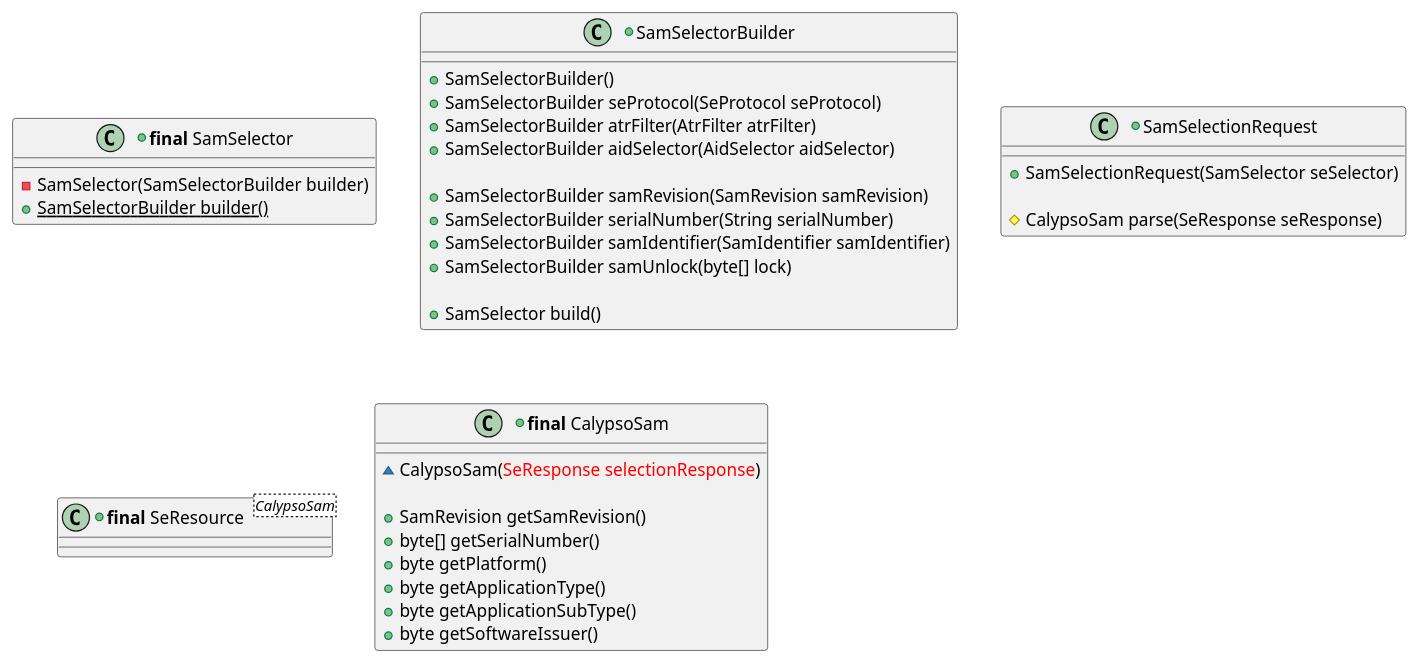
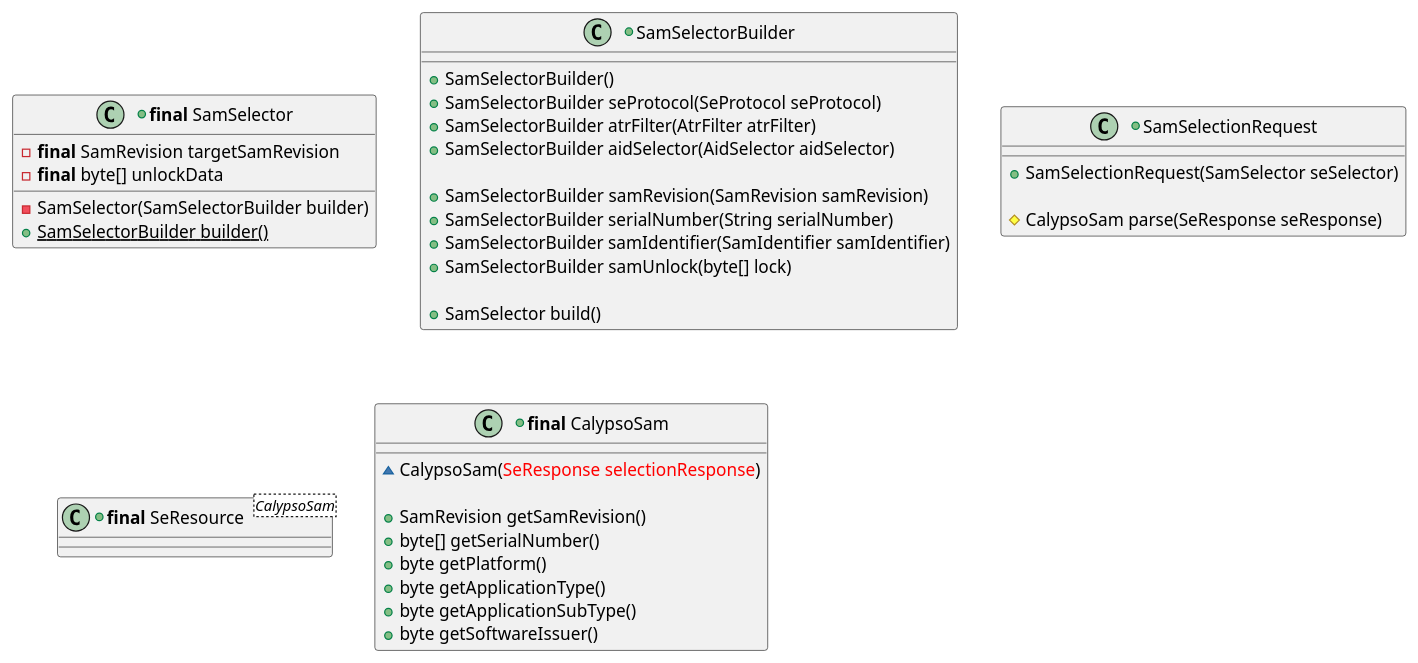
Before and after one commit to calypsonet/keyple: the sixth of 21 diagrams in src/KeypleCalypsoApi/Application/puml/KeypleCalypso-ApplicationApi-ClassDiag-Transaction-ClassElements.iuml, drawn with PlantUML. The commit also changed 3 other files, not shown here.

```diff
--- a/src/KeypleCalypsoApi/Application/puml/KeypleCalypso-ApplicationApi-ClassDiag-Transaction-ClassElements.iuml
+++ b/src/KeypleCalypsoApi/Application/puml/KeypleCalypso-ApplicationApi-ClassDiag-Transaction-ClassElements.iuml
@@ -112,41 +112,43 @@
 @startuml(id=TRANSACTION_SELECTION_SAM_0_9)
 +class "<b>final</b> SamSelector" as SamSelector {
+  -<b>final</b> SamRevision targetSamRevision
+  -<b>final</b> byte[] unlockData
   -SamSelector(SamSelectorBuilder builder)
   +{static} SamSelectorBuilder builder()
 }
 
 +class SamSelectorBuilder {
   +SamSelectorBuilder()
   +SamSelectorBuilder seProtocol(SeProtocol seProtocol)
   +SamSelectorBuilder atrFilter(AtrFilter atrFilter)
   +SamSelectorBuilder aidSelector(AidSelector aidSelector)
 
   +SamSelectorBuilder samRevision(SamRevision samRevision)
   +SamSelectorBuilder serialNumber(String serialNumber)
   +SamSelectorBuilder samIdentifier(SamIdentifier samIdentifier)
   +SamSelectorBuilder samUnlock(byte[] lock)
 
   +SamSelector build()
 }
 
 
 +class SamSelectionRequest {
   +SamSelectionRequest(SamSelector seSelector)
 
   #CalypsoSam parse(SeResponse seResponse)
 }
 
 +class "<b>final</b> SeResource<CalypsoSam>" as SamResource {
 }
 
       +class "<b>final</b> CalypsoSam" as CalypsoSam {
         ~CalypsoSam(<color:red>SeResponse selectionResponse</color>)
 
         +SamRevision getSamRevision()
         +byte[] getSerialNumber()
         +byte getPlatform()
         +byte getApplicationType()
         +byte getApplicationSubType()
         +byte getSoftwareIssuer()
       }
 @enduml
```
